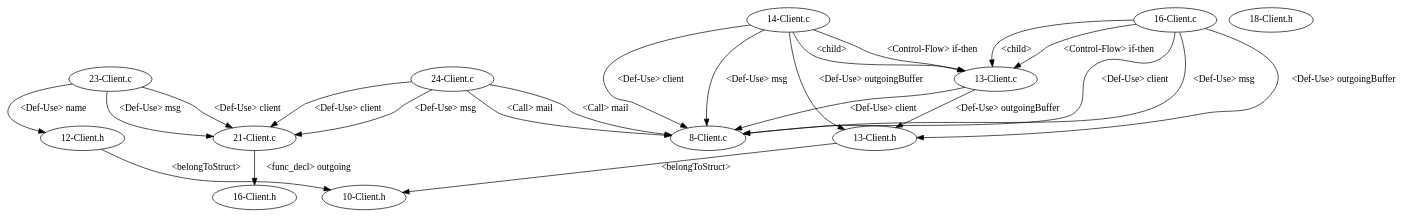
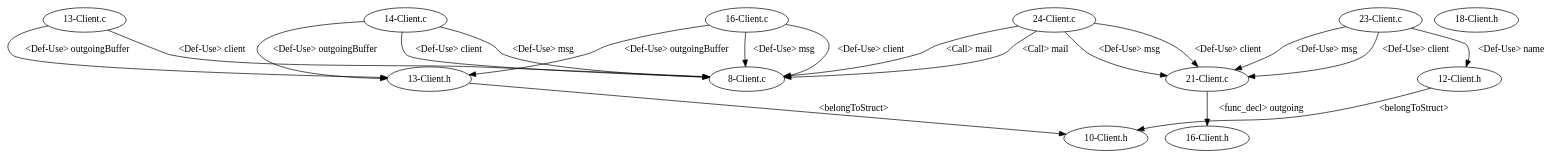
The diagram in testcpp/dependencyGraph/EmailSystem/test_11/graph.gv (shuiblue/JDimeForCpp), drawn with Graphviz before and after one commit. The commit also changed 17 other files, not shown here.

```diff
--- a/testcpp/dependencyGraph/EmailSystem/test_11/graph.gv
+++ b/testcpp/dependencyGraph/EmailSystem/test_11/graph.gv
@@ -1,36 +1,32 @@
 digraph {
 1 [label = "8-Client.c"];
 2 [label = "13-Client.c"];
 2 -> 1[label="<Def-Use> client"];
 3 [label = "14-Client.c"];
 3 -> 1[label="<Def-Use> client"];
 3 -> 1[label="<Def-Use> msg"];
-3 -> 2[label="<child>"];
 4 [label = "16-Client.c"];
 4 -> 1[label="<Def-Use> client"];
-4 -> 2[label="<child>"];
 4 -> 1[label="<Def-Use> msg"];
-3 -> 2[label="<Control-Flow> if-then"];
-4 -> 2[label="<Control-Flow> if-then"];
 5 [label = "21-Client.c"];
 6 [label = "23-Client.c"];
 6 -> 5[label="<Def-Use> msg"];
 6 -> 5[label="<Def-Use> client"];
 7 [label = "24-Client.c"];
 7 -> 1[label="<Call> mail"];
 7 -> 5[label="<Def-Use> client"];
 7 -> 5[label="<Def-Use> msg"];
 8 [label = "10-Client.h"];
 9 [label = "12-Client.h"];
 10 [label = "13-Client.h"];
 9 -> 8[label="<belongToStruct>"];
 10 -> 8[label="<belongToStruct>"];
 11 [label = "16-Client.h"];
 12 [label = "18-Client.h"];
+3 -> 10[label="<Def-Use> outgoingBuffer"];
 2 -> 10[label="<Def-Use> outgoingBuffer"];
+6 -> 9[label="<Def-Use> name"];
 7 -> 1[label="<Call> mail"];
 4 -> 10[label="<Def-Use> outgoingBuffer"];
-6 -> 9[label="<Def-Use> name"];
-3 -> 10[label="<Def-Use> outgoingBuffer"];
 5 -> 11[label="<func_decl> outgoing"];
 }
```
